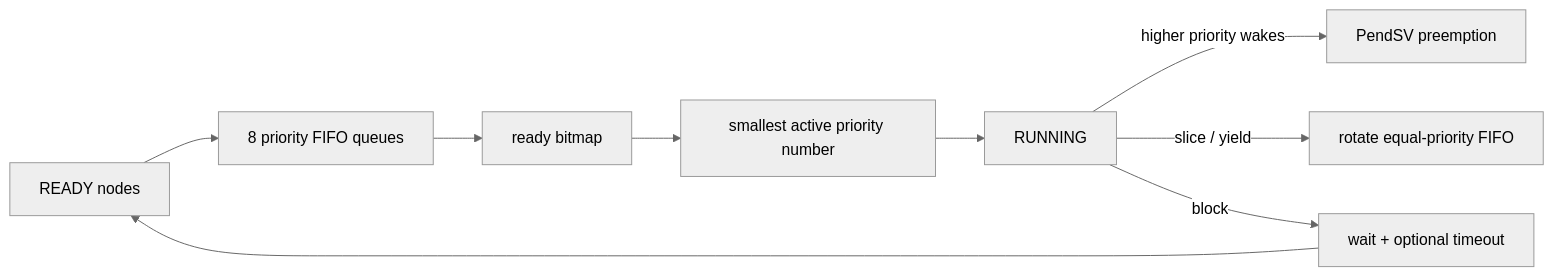
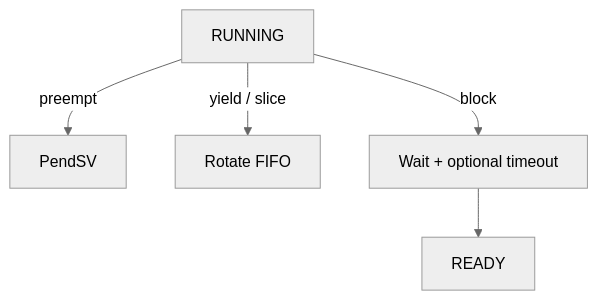
The fourth of 5 diagrams in docs/00-overview/architecture.md (haikevins/hairtos), drawn with Mermaid (neutral theme) before and after one commit. The commit also changed other lines of this file and 82 other files, not shown here.

````diff
--- a/docs/00-overview/architecture.md
+++ b/docs/00-overview/architecture.md
@@ -86,11 +106,7 @@
 ```mermaid
-flowchart LR
-    READY["READY nodes"] --> Q["8 priority FIFO queues"]
-    Q --> BM["ready bitmap"]
-    BM --> SEL["smallest active priority number"]
-    SEL --> RUN["RUNNING"]
-    RUN -->|"higher priority wakes"| PRE["PendSV preemption"]
-    RUN -->|"slice / yield"| ROT["rotate equal-priority FIFO"]
-    RUN -->|"block"| WAIT["wait + optional timeout"]
-    WAIT --> READY
+flowchart TB
+    RUN["RUNNING"] -->|"preempt"| PRE["PendSV"]
+    RUN -->|"yield / slice"| ROT["Rotate FIFO"]
+    RUN -->|"block"| WAIT["Wait + optional timeout"]
+    WAIT --> READY["READY"]
 ```
````
